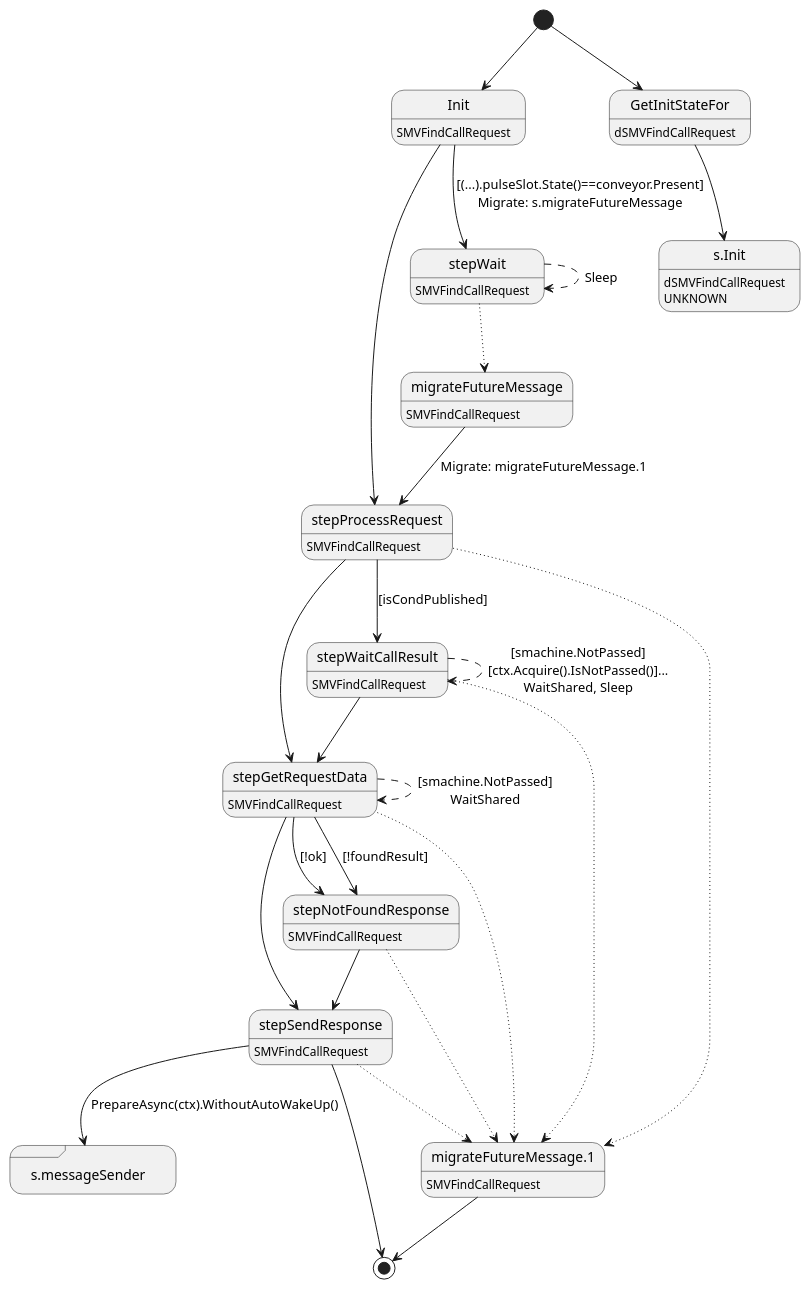
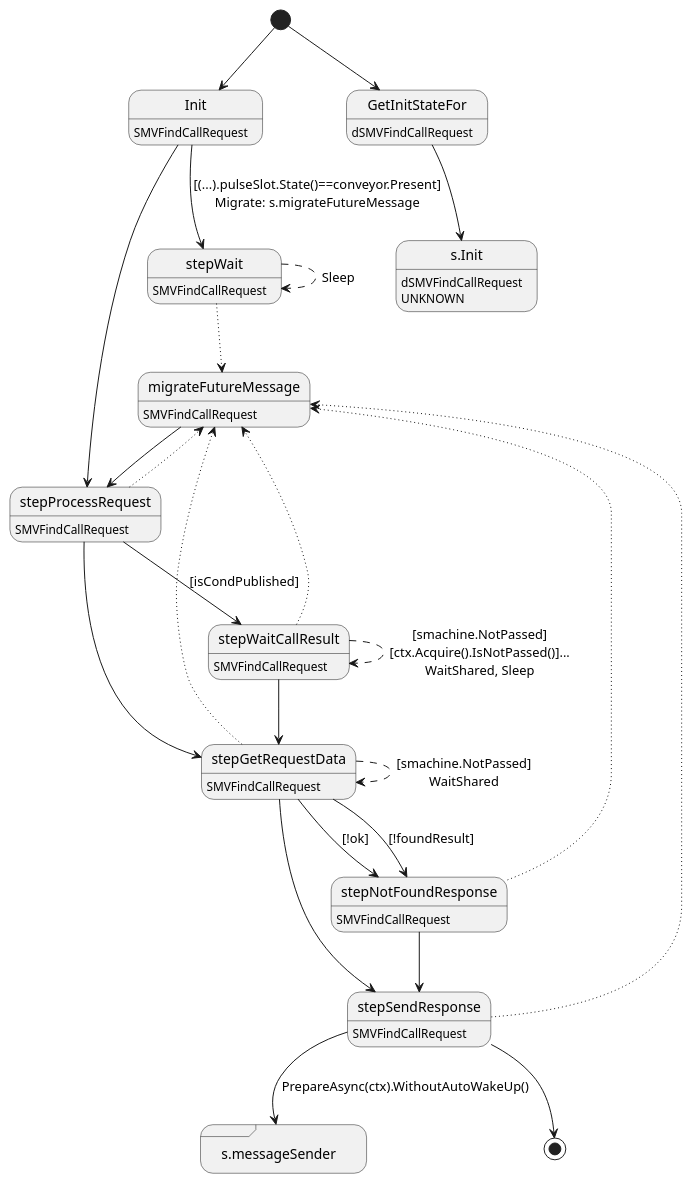
One commit to insolar/assured-ledger changed the diagram in ledger-core/virtual/handlers/vfindcallrequest.plantuml. Above: the diagram before and after it, drawn with PlantUML. The commit also changed 2 other files, not shown here.

```diff
--- a/ledger-core/virtual/handlers/vfindcallrequest.plantuml
+++ b/ledger-core/virtual/handlers/vfindcallrequest.plantuml
@@ -1,51 +1,48 @@
 @startuml
 state "Init" as T01_S001
 T01_S001 : SMVFindCallRequest
 [*] --> T01_S001
 T01_S001 --> T01_S002 : [(...).pulseSlot.State()==conveyor.Present]\nMigrate: s.migrateFutureMessage
-T01_S001 --> T01_S005
+T01_S001 --> T01_S004
 state "migrateFutureMessage" as T01_S003
 T01_S003 : SMVFindCallRequest
-T01_S003 --> T01_S005 : Migrate: migrateFutureMessage.1
-state "migrateFutureMessage.1" as T01_S004
+T01_S003 --> T01_S004
+state "s.messageSender" as T01_S009 <<sdlreceive>>
+state "stepGetRequestData" as T01_S006
+T01_S006 : SMVFindCallRequest
+T01_S006 --[dotted]> T01_S003
+T01_S006 --> T01_S007 : [!ok]
+T01_S006 --[dashed]> T01_S006 : [smachine.NotPassed]\nWaitShared
+T01_S006 --> T01_S007 : [!foundResult]
+T01_S006 --> T01_S008
+state "stepNotFoundResponse" as T01_S007
+T01_S007 : SMVFindCallRequest
+T01_S007 --[dotted]> T01_S003
+T01_S007 --> T01_S008
+state "stepProcessRequest" as T01_S004
 T01_S004 : SMVFindCallRequest
-T01_S004 --> [*]
-state "s.messageSender" as T01_S010 <<sdlreceive>>
-state "stepGetRequestData" as T01_S007
-T01_S007 : SMVFindCallRequest
-T01_S007 --[dotted]> T01_S004
-T01_S007 --> T01_S008 : [!ok]
-T01_S007 --[dashed]> T01_S007 : [smachine.NotPassed]\nWaitShared
-T01_S007 --> T01_S008 : [!foundResult]
-T01_S007 --> T01_S009
-state "stepNotFoundResponse" as T01_S008
+T01_S004 --[dotted]> T01_S003
+T01_S004 --> T01_S005 : [isCondPublished]
+T01_S004 --> T01_S006
+state "stepSendResponse" as T01_S008
 T01_S008 : SMVFindCallRequest
-T01_S008 --[dotted]> T01_S004
-T01_S008 --> T01_S009
-state "stepProcessRequest" as T01_S005
-T01_S005 : SMVFindCallRequest
-T01_S005 --[dotted]> T01_S004
-T01_S005 --> T01_S006 : [isCondPublished]
-T01_S005 --> T01_S007
-state "stepSendResponse" as T01_S009
-T01_S009 : SMVFindCallRequest
-T01_S009 --[dotted]> T01_S004
-T01_S009 --> T01_S010 : PrepareAsync(ctx).WithoutAutoWakeUp()
-T01_S009 --> [*]
+T01_S008 --[dotted]> T01_S003
+T01_S008 --> T01_S009 : PrepareAsync(ctx).WithoutAutoWakeUp()
+T01_S008 --> [*]
 state "stepWait" as T01_S002
 T01_S002 : SMVFindCallRequest
 T01_S002 --[dotted]> T01_S003
 T01_S002 --[dashed]> T01_S002 : Sleep
-state "stepWaitCallResult" as T01_S006
-T01_S006 : SMVFindCallRequest
-T01_S006 --[dotted]> T01_S004
-T01_S006 --[dashed]> T01_S006 : [smachine.NotPassed]\n[ctx.Acquire().IsNotPassed()]...\nWaitShared, Sleep
-T01_S006 --> T01_S007
+state "stepWaitCallResult" as T01_S005
+T01_S005 : SMVFindCallRequest
+T01_S005 --[dotted]> T01_S003
+T01_S005 --[dashed]> T01_S005 : [smachine.NotPassed]\n[ctx.Acquire().IsNotPassed()]...\nWaitShared, Sleep
+T01_S005 --> T01_S006
 state "GetInitStateFor" as T00_S001
 T00_S001 : dSMVFindCallRequest
 [*] --> T00_S001
 state "s.Init" as T00_U001
 T00_U001 : dSMVFindCallRequest
 T00_U001 : UNKNOWN 
 T00_S001 --> T00_U001
 @enduml
```
